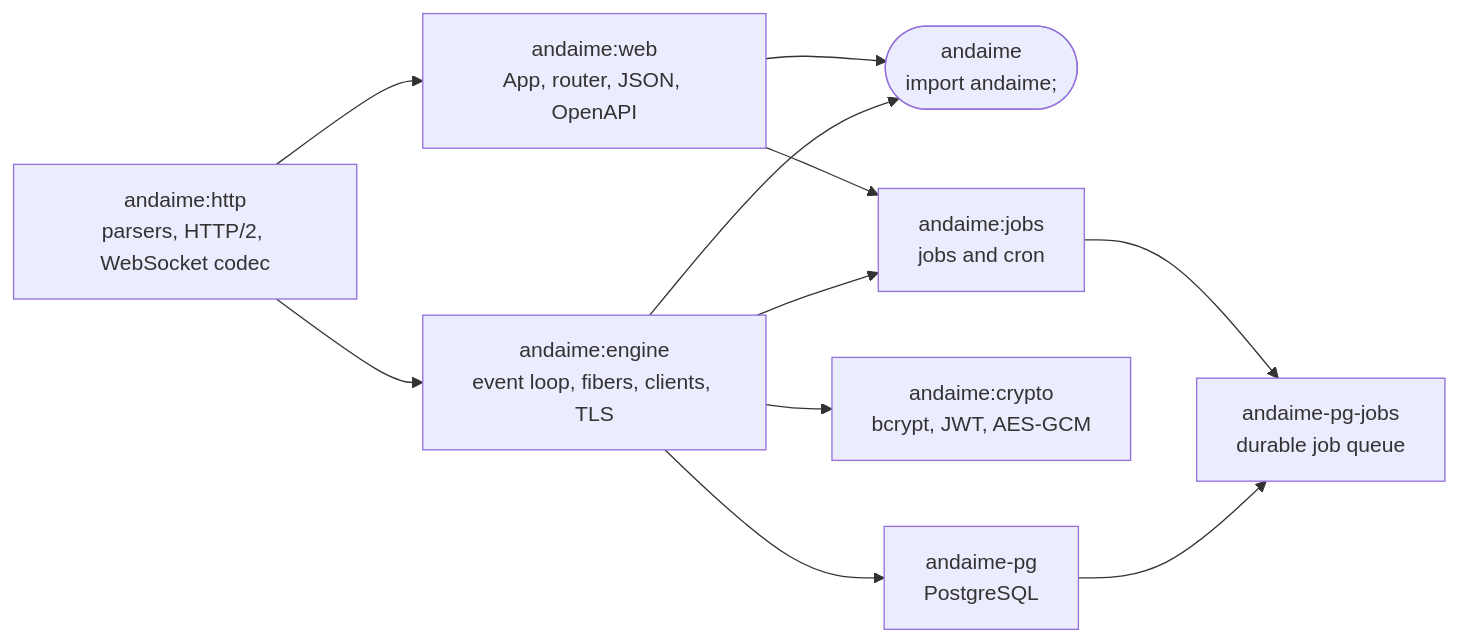
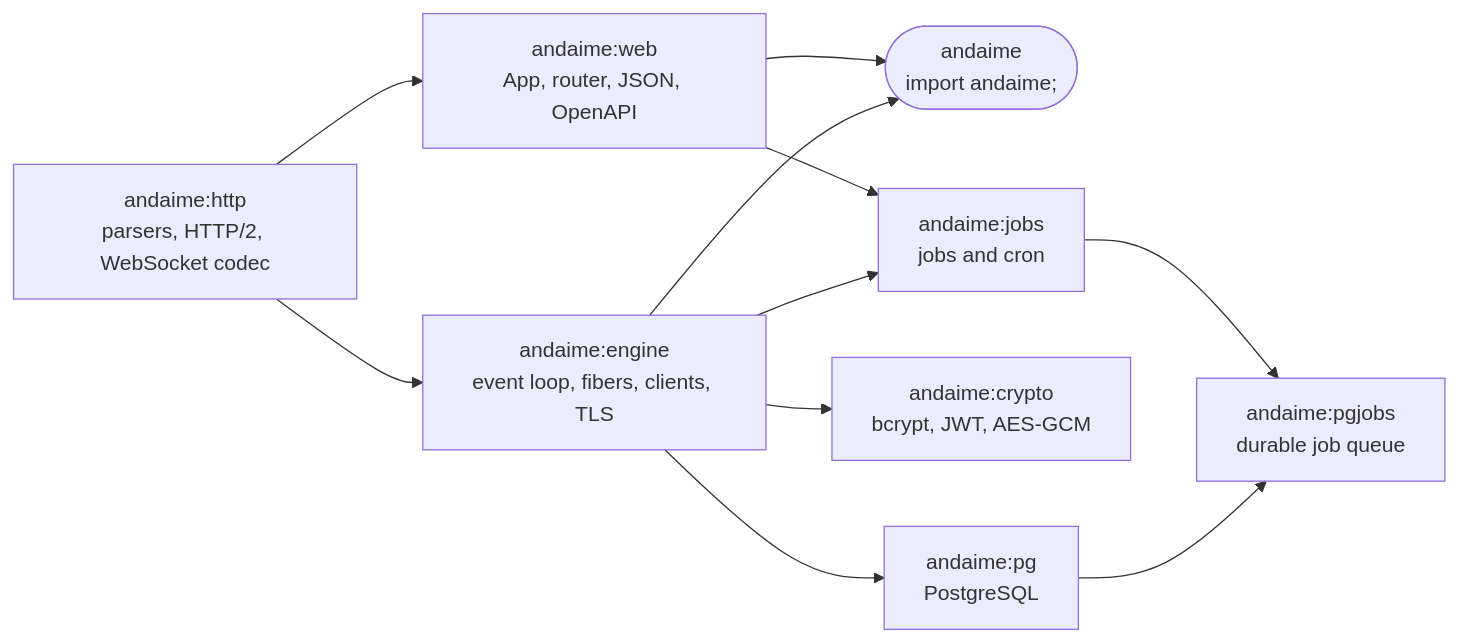
The diagram in README.md (leotada/andaime), drawn with Mermaid before and after one commit. The commit also changed other lines of this file and 25 other files, not shown here.

````diff
--- a/README.md
+++ b/README.md
@@ -454,20 +454,20 @@
 ```mermaid
 flowchart LR
     http["andaime:http<br/>parsers, HTTP/2, WebSocket codec"]
     web["andaime:web<br/>App, router, JSON, OpenAPI"]
     engine["andaime:engine<br/>event loop, fibers, clients, TLS"]
     root(["andaime<br/>import andaime;"])
     jobs["andaime:jobs<br/>jobs and cron"]
     crypto["andaime:crypto<br/>bcrypt, JWT, AES-GCM"]
-    pg["andaime-pg<br/>PostgreSQL"]
-    pgjobs["andaime-pg-jobs<br/>durable job queue"]
+    pg["andaime:pg<br/>PostgreSQL"]
+    pgjobs["andaime:pgjobs<br/>durable job queue"]
 
     http --> web --> root
     http --> engine --> root
     web --> jobs
     engine --> jobs
     engine --> crypto
     engine --> pg
     jobs --> pgjobs
     pg --> pgjobs
 ```
````
